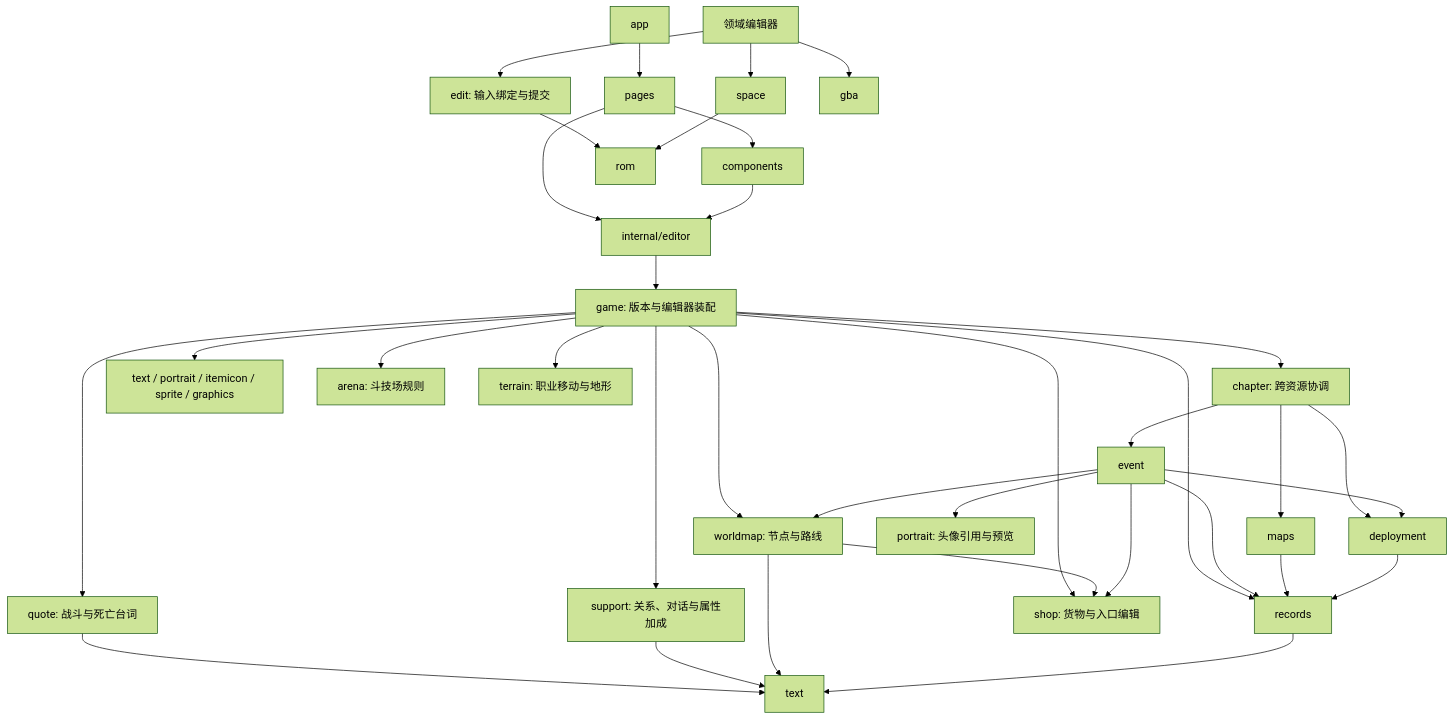
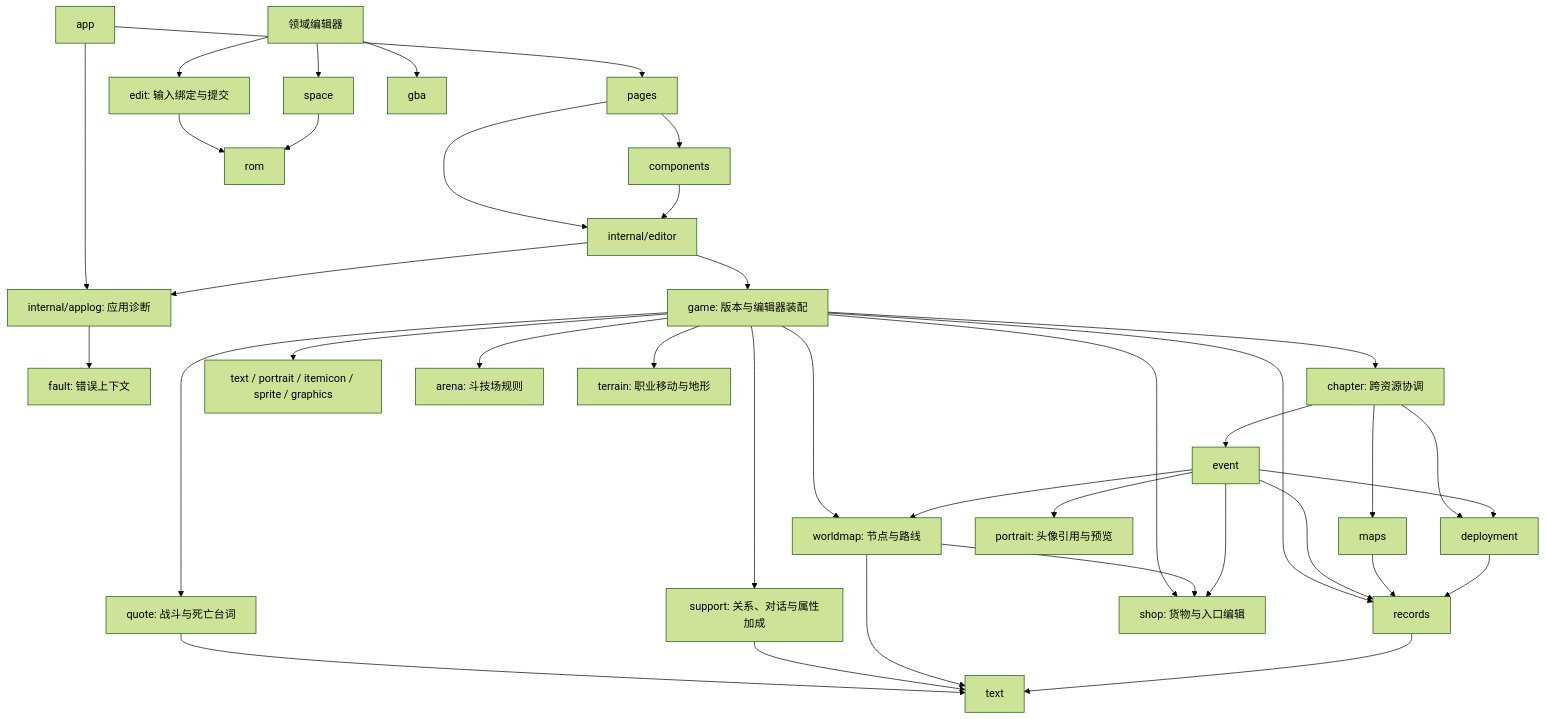
One commit to woxQAQ/febuildergba-mygo changed the first of 2 diagrams in docs/architecture.md. Above: the diagram before and after it, drawn with Mermaid (forest theme). The commit also changed other lines of this file and 67 other files, not shown here.

````diff
--- a/docs/architecture.md
+++ b/docs/architecture.md
@@ -61,37 +62,40 @@
 ```mermaid
 flowchart TD
     App[app] --> Pages[pages]
+    App --> AppLog[internal/applog: 应用诊断]
+    State --> AppLog
+    AppLog --> Fault[fault: 错误上下文]
     Pages --> Components[components]
     Pages --> State[internal/editor]
     Components --> State
     State --> Game[game: 版本与编辑器装配]
     Game --> Chapter[chapter: 跨资源协调]
     Game --> Records[records]
     Game --> Media[text / portrait / itemicon / sprite / graphics]
     Chapter --> Maps[maps]
     Chapter --> Event[event]
     Chapter --> Deployment[deployment]
     Event --> Deployment
     Game --> Quote[quote: 战斗与死亡台词]
     Quote --> Text
     Game --> Arena[arena: 斗技场规则]
     Game --> Support[support: 关系、对话与属性加成]
     Game --> Terrain[terrain: 职业移动与地形]
     Support --> Text
     Game --> Shop[shop: 货物与入口编辑]
     Game --> Worldmap[worldmap: 节点与路线]
     Worldmap --> Shop
     Worldmap --> Text
     Event --> Portrait[portrait: 头像引用与预览]
     Event --> Worldmap
     Event --> Shop
     Event --> Records
     Maps --> Records
     Deployment --> Records
     Records --> Text[text]
     Domain[领域编辑器] --> Edit[edit: 输入绑定与提交]
     Edit --> ROM[rom]
     Domain --> Space[space]
     Domain --> GBA[gba]
     Space --> ROM
 ```
````
